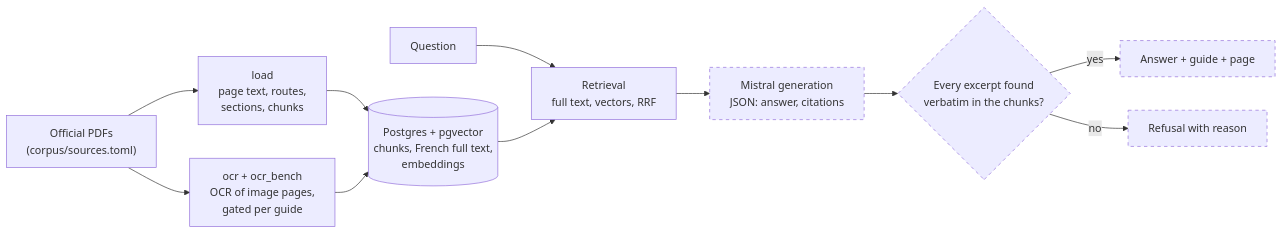
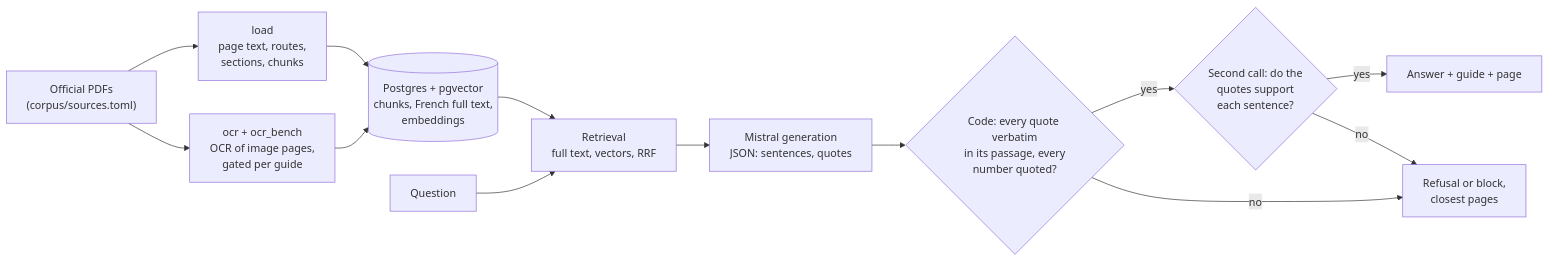
The diagram in README.md (gabrielkpo/secours-tech), drawn with Mermaid before and after one commit. The commit also changed other lines of this file and 7 other files, not shown here.

````diff
--- a/README.md
+++ b/README.md
@@ -32,16 +31,15 @@
 ```mermaid
 flowchart LR
     A["Official PDFs<br/>(corpus/sources.toml)"] --> B["load<br/>page text, routes,<br/>sections, chunks"]
     A --> O["ocr + ocr_bench<br/>OCR of image pages,<br/>gated per guide"]
     B --> D[("Postgres + pgvector<br/>chunks, French full text,<br/>embeddings")]
     O --> D
     Q["Question"] --> R["Retrieval<br/>full text, vectors, RRF"]
     D --> R
-    R --> M["Mistral generation<br/>JSON: answer, citations"]
-    M --> V{"Every excerpt found<br/>verbatim in the chunks?"}
-    V -->|yes| OK["Answer + guide + page"]
-    V -->|no| NO["Refusal with reason"]
-
-    classDef planned stroke-dasharray: 5 5
-    class M,V,OK,NO planned
+    R --> M["Mistral generation<br/>JSON: sentences, quotes"]
+    M --> V{"Code: every quote verbatim<br/>in its passage, every<br/>number quoted?"}
+    V -->|yes| W{"Second call: do the<br/>quotes support<br/>each sentence?"}
+    V -->|no| NO["Refusal or block,<br/>closest pages"]
+    W -->|yes| OK["Answer + guide + page"]
+    W -->|no| NO
 ```
````
